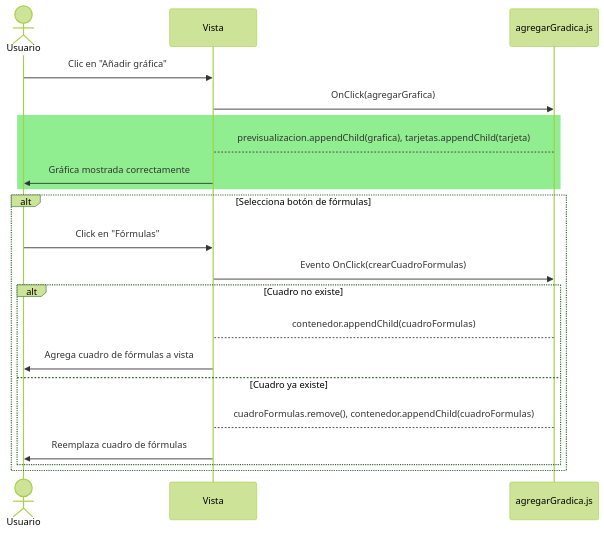
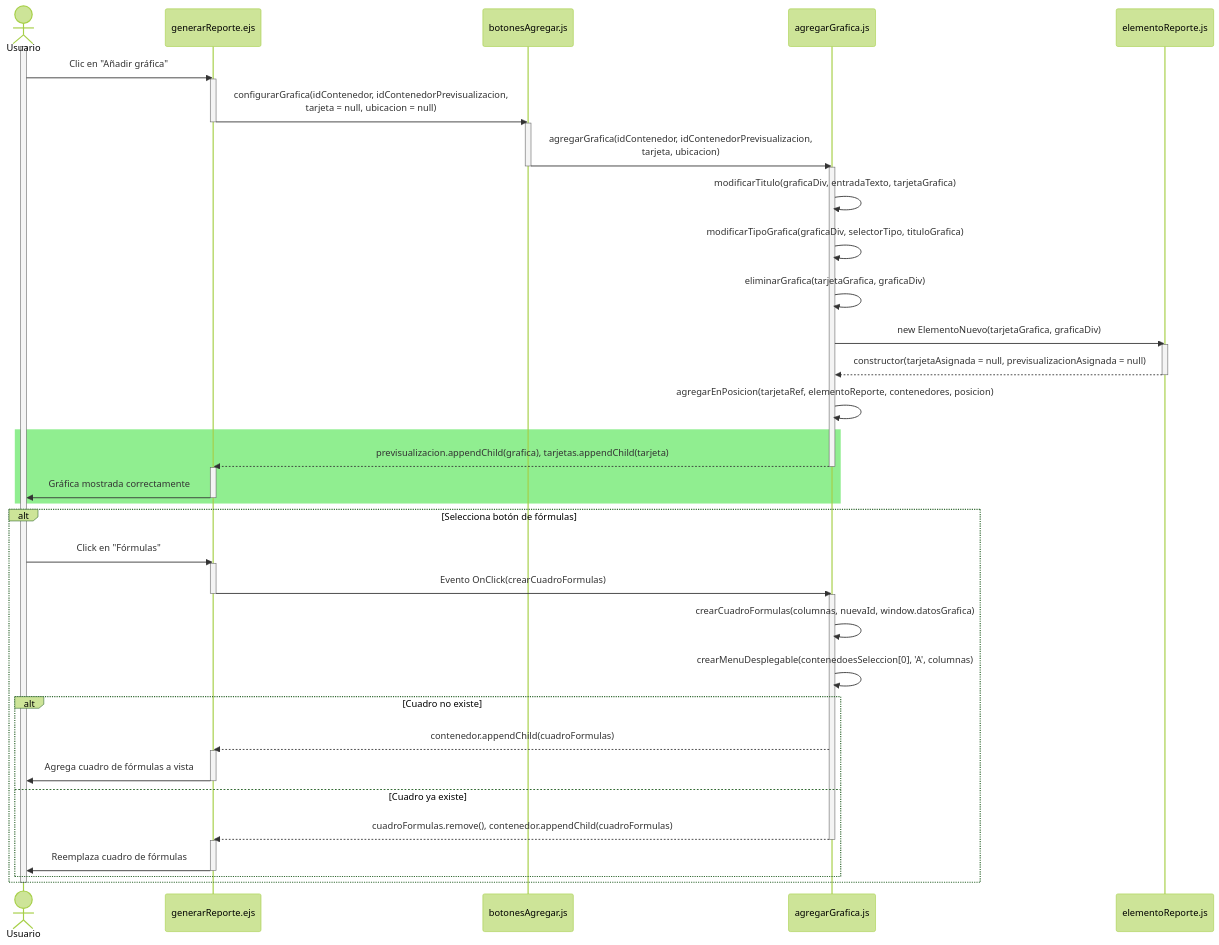
The diagram in documentation/docs/proyectos/tractores/documentacion/requisitos/RF10.md (CodeAnd-Co/Documentacion), drawn with Mermaid (forest theme) before and after one commit. The commit also changed other lines of this file and 1 other file, not shown here.

Commit message:
Agregar casos alternos en diagrama de secuencia

````diff
--- a/documentation/docs/proyectos/tractores/documentacion/requisitos/RF10.md
+++ b/documentation/docs/proyectos/tractores/documentacion/requisitos/RF10.md
@@ -21,29 +21,59 @@
 ```mermaid
 sequenceDiagram
     actor Usuario
-    participant Vista
-    participant agregarGradica.js
+    participant Vista as generarReporte.ejs
+    participant utilBoton as botonesAgregar.js
+    participant utilGrafica as agregarGrafica.js
+    participant modelElemento as elementoReporte.js
 
     %% Flujo principal (caso exitoso)
+    activate Usuario
     Usuario->>Vista: Clic en "Añadir gráfica"
-    Vista->>agregarGradica.js: OnClick(agregarGrafica)
+    activate Vista
+    Vista->>utilBoton: configurarGrafica(idContenedor, idContenedorPrevisualizacion, <br/>tarjeta = null, ubicacion = null)
+    deactivate Vista
+    activate utilBoton
+    utilBoton->>utilGrafica: agregarGrafica(idContenedor, idContenedorPrevisualizacion, <br/>tarjeta, ubicacion)
+    deactivate utilBoton
+    activate utilGrafica
+    utilGrafica->>utilGrafica: modificarTitulo(graficaDiv, entradaTexto, tarjetaGrafica)
+    utilGrafica->>utilGrafica: modificarTipoGrafica(graficaDiv, selectorTipo, tituloGrafica)
+    utilGrafica->>utilGrafica: eliminarGrafica(tarjetaGrafica, graficaDiv)
+    utilGrafica->>modelElemento: new ElementoNuevo(tarjetaGrafica, graficaDiv)
+    activate modelElemento
+    modelElemento-->>utilGrafica: constructor(tarjetaAsignada = null, previsualizacionAsignada = null)
+    deactivate modelElemento
+    utilGrafica->>utilGrafica: agregarEnPosicion(tarjetaRef, elementoReporte, contenedores, posicion)
 
     rect LightGreen
-        agregarGradica.js-->Vista: previsualizacion.appendChild(grafica), tarjetas.appendChild(tarjeta)
+        utilGrafica-->>Vista: previsualizacion.appendChild(grafica), tarjetas.appendChild(tarjeta)
+        deactivate utilGrafica
+        activate Vista
         Vista->>Usuario: Gráfica mostrada correctamente
+        deactivate Vista
     end
 
     %% Flujos alternos (errores al final)
     alt Selecciona botón de fórmulas
         Usuario->>Vista: Click en "Fórmulas"
-        Vista->>agregarGradica.js: Evento OnClick(crearCuadroFormulas)
-        
+        activate Vista
+        Vista->>utilGrafica: Evento OnClick(crearCuadroFormulas)
+        deactivate Vista
+        activate utilGrafica
+        utilGrafica->>utilGrafica: crearCuadroFormulas(columnas, nuevaId, window.datosGrafica)
+        utilGrafica->>utilGrafica: crearMenuDesplegable(contenedoesSeleccion[0], 'A', columnas)
         alt Cuadro no existe
-            agregarGradica.js-->Vista: contenedor.appendChild(cuadroFormulas)
+            utilGrafica-->>Vista: contenedor.appendChild(cuadroFormulas)
+            activate Vista
             Vista->>Usuario: Agrega cuadro de fórmulas a vista
+            deactivate Vista
         else Cuadro ya existe
-            agregarGradica.js-->Vista: cuadroFormulas.remove(), contenedor.appendChild(cuadroFormulas)
+            utilGrafica-->>Vista: cuadroFormulas.remove(), contenedor.appendChild(cuadroFormulas)
+            deactivate utilGrafica
+            activate Vista
             Vista->>Usuario: Reemplaza cuadro de fórmulas
+            deactivate Vista
         end
     end
+    deactivate Usuario
 ```
````
